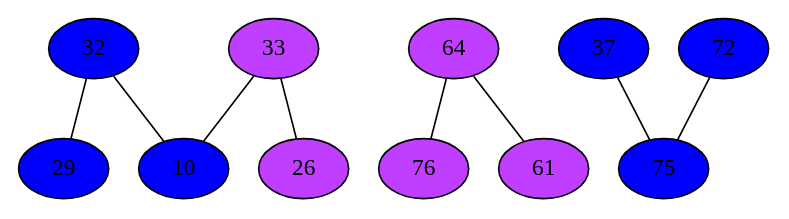
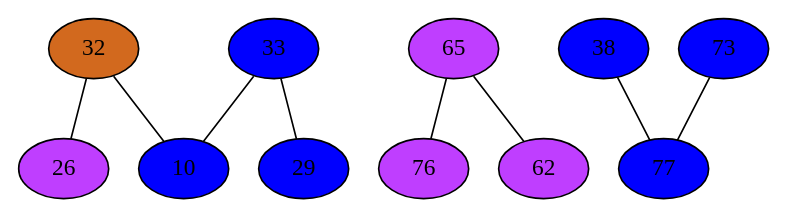
One commit to mbajaj92/Project-Astoria changed the diagram in Compiler/2phiGraph.dot. Above: the diagram before and after it, drawn with Graphviz. The commit also changed 211 other files, not shown here.

```diff
--- a/Compiler/2phiGraph.dot
+++ b/Compiler/2phiGraph.dot
@@ -1,29 +1,29 @@
 strict graph {
-32[label="32" style=filled fillcolor="blue1"];
+32[label="32" style=filled fillcolor="chocolate"];
 32 -- 10
-32 -- 29
-64[label="64" style=filled fillcolor="darkorchid1"];
-64 -- 76
-64 -- 61
-33[label="33" style=filled fillcolor="darkorchid1"];
+32 -- 26
+33[label="33" style=filled fillcolor="blue1"];
 33 -- 10
-33 -- 26
-37[label="37" style=filled fillcolor="blue1"];
-37 -- 75
-72[label="72" style=filled fillcolor="blue1"];
-72 -- 75
+33 -- 29
+65[label="65" style=filled fillcolor="darkorchid1"];
+65 -- 76
+65 -- 62
+38[label="38" style=filled fillcolor="blue1"];
+38 -- 77
+73[label="73" style=filled fillcolor="blue1"];
+73 -- 77
 10[label="10" style=filled fillcolor="blue1"];
 10 -- 32
 10 -- 33
 26[label="26" style=filled fillcolor="darkorchid1"];
-26 -- 33
-75[label="75" style=filled fillcolor="blue1"];
-75 -- 37
-75 -- 72
+26 -- 32
 76[label="76" style=filled fillcolor="darkorchid1"];
-76 -- 64
+76 -- 65
 29[label="29" style=filled fillcolor="blue1"];
-29 -- 32
-61[label="61" style=filled fillcolor="darkorchid1"];
-61 -- 64
+29 -- 33
+77[label="77" style=filled fillcolor="blue1"];
+77 -- 38
+77 -- 73
+62[label="62" style=filled fillcolor="darkorchid1"];
+62 -- 65
 }
```
